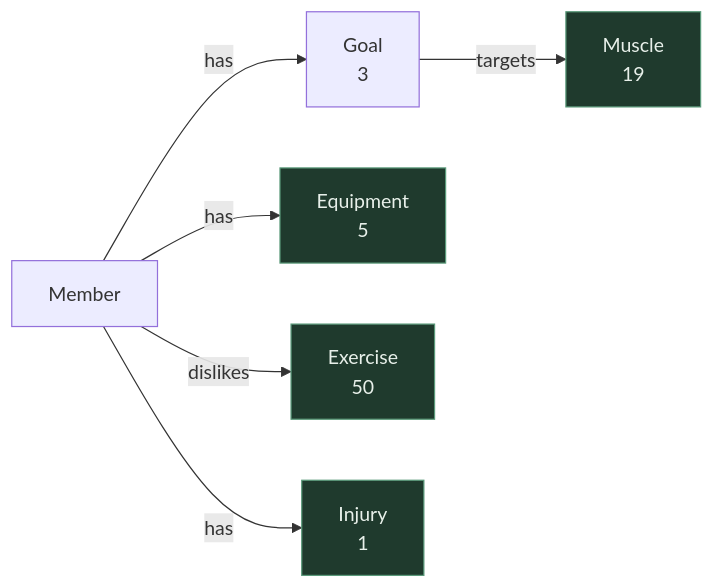
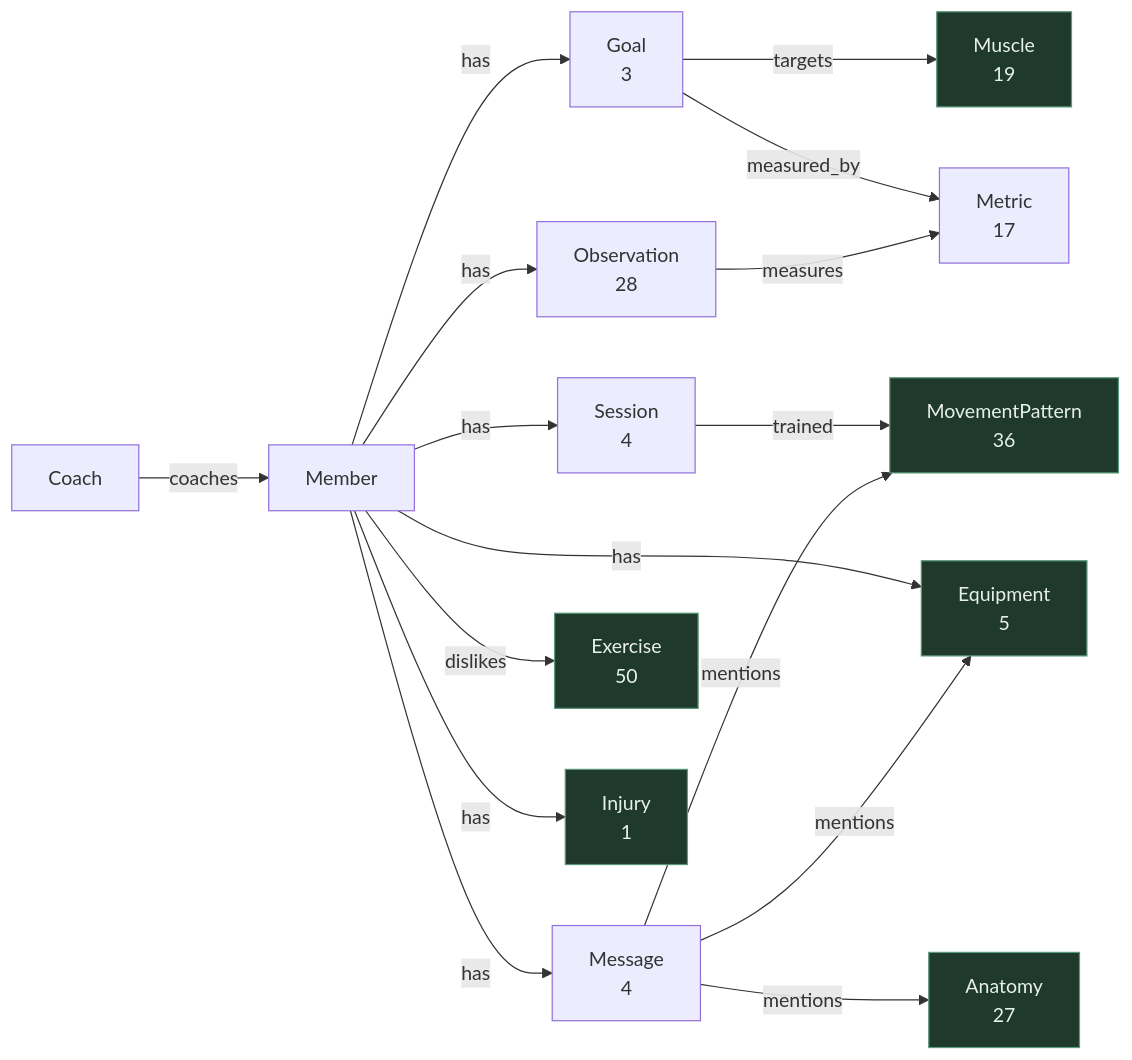
One commit to Josie29/futureco changed the diagram in docs/kg2-schema.md. Above: the diagram before and after it, drawn with Mermaid. The commit also changed other lines of this file and 52 other files, not shown here.

````diff
--- a/docs/kg2-schema.md
+++ b/docs/kg2-schema.md
@@ -30,21 +61,41 @@
 ```mermaid
 flowchart LR
+  CCH["Coach"]
   MEM["Member"]
   GOL["Goal<br/>3"]
+  SES["Session<br/>4"]
+  MSG["Message<br/>4"]
+  OBS["Observation<br/>28"]
+  MET["Metric<br/>17"]
+
   EQP["Equipment<br/>5"]
   EX["Exercise<br/>50"]
   MUS["Muscle<br/>19"]
   INJ["Injury<br/>1"]
+  PAT["MovementPattern<br/>36"]
+  ANA["Anatomy<br/>27"]
 
+  CCH -->|coaches| MEM
   MEM -->|has| GOL
+  MEM -->|has| SES
+  MEM -->|has| MSG
+  MEM -->|has| OBS
   MEM -->|has| EQP
   MEM -->|has| INJ
+  MEM -->|dislikes| EX
 
-  MEM -->|dislikes| EX
   GOL -->|targets| MUS
+  GOL -->|measured_by| MET
+  OBS -->|measures| MET
+  SES -->|trained| PAT
+  MSG -->|mentions| EQP
+  MSG -->|mentions| ANA
+  MSG -->|mentions| PAT
 
   style EQP fill:#1f3a2d,stroke:#5a9a7a,color:#e8f0ea
   style EX fill:#1f3a2d,stroke:#5a9a7a,color:#e8f0ea
   style MUS fill:#1f3a2d,stroke:#5a9a7a,color:#e8f0ea
   style INJ fill:#1f3a2d,stroke:#5a9a7a,color:#e8f0ea
+  style PAT fill:#1f3a2d,stroke:#5a9a7a,color:#e8f0ea
+  style ANA fill:#1f3a2d,stroke:#5a9a7a,color:#e8f0ea
 ```
````
